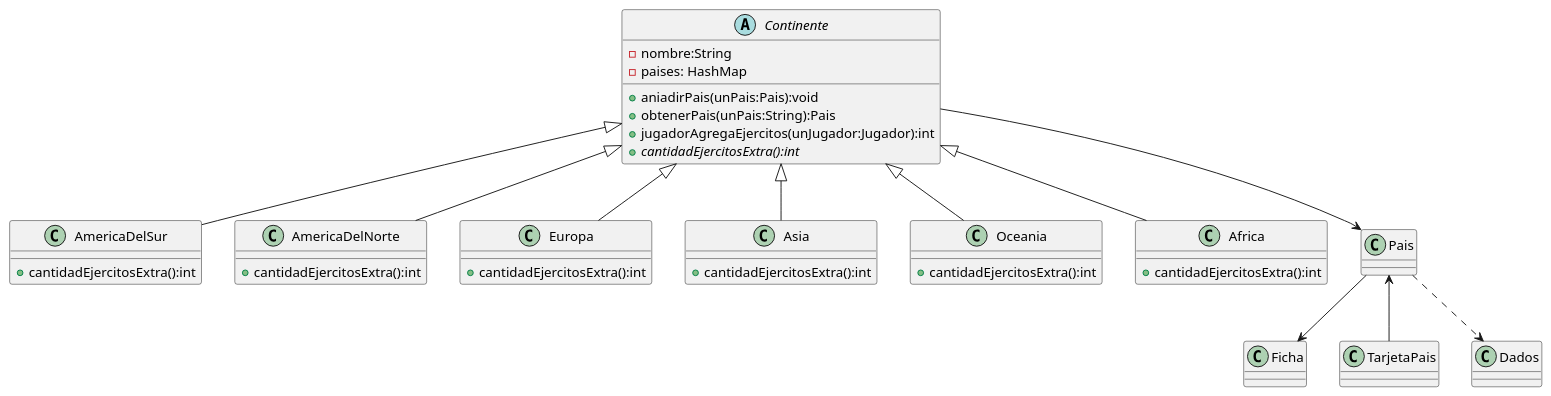
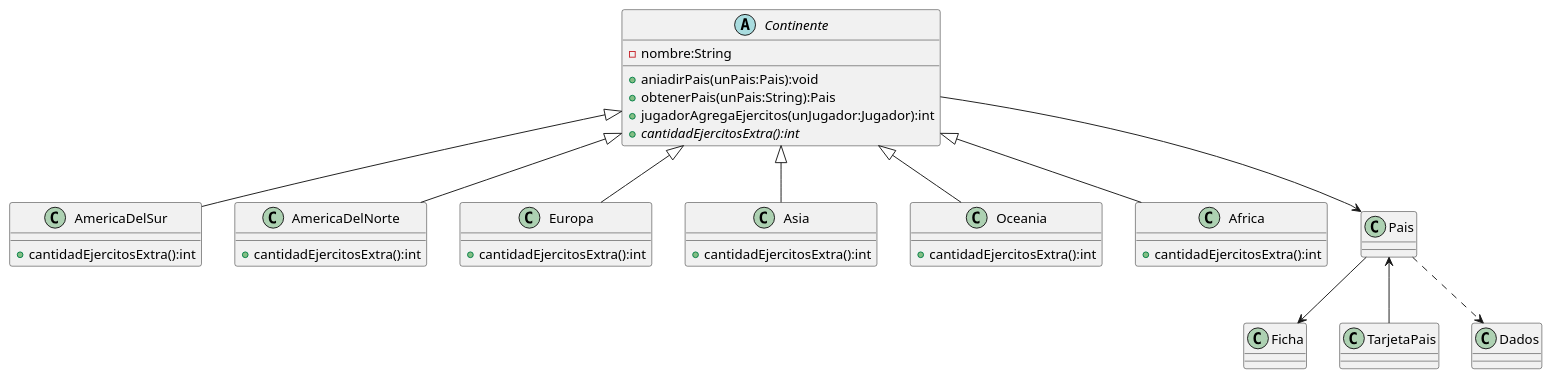
One commit to Cristianfca197/altego changed the diagram in src/main/diagramas_puml/ClasesContinente.puml. Above: the diagram before and after it, drawn with PlantUML. The commit also changed 12 other files, not shown here.

Commit message:
update diagramas

```diff
--- a/src/main/diagramas_puml/ClasesContinente.puml
+++ b/src/main/diagramas_puml/ClasesContinente.puml
@@ -1,45 +1,44 @@
-@startuml
+@startuml ClasesContinente
 
 abstract class Continente{
     - nombre:String
-    - paises: HashMap
     + aniadirPais(unPais:Pais):void
     + obtenerPais(unPais:String):Pais
     +jugadorAgregaEjercitos(unJugador:Jugador):int
     +{abstract} cantidadEjercitosExtra():int
 
 }
 class AmericaDelSur{
     + cantidadEjercitosExtra():int
 }
 class AmericaDelNorte{
     + cantidadEjercitosExtra():int
 }
 class Europa{
     + cantidadEjercitosExtra():int
 }
 class Asia{
     + cantidadEjercitosExtra():int
 }
 class Oceania{
     + cantidadEjercitosExtra():int
 }
 class Africa{
     + cantidadEjercitosExtra():int
 }
 
 
 
 Continente <|-- AmericaDelSur
 Continente <|-- AmericaDelNorte
 Continente <|-- Asia
 Continente <|-- Europa
 Continente <|-- Oceania
 Continente <|-- Africa
 
 Continente --> Pais
 Pais --> Ficha
 Pais <-- TarjetaPais
 Pais ..> Dados
 
 @enduml
```
